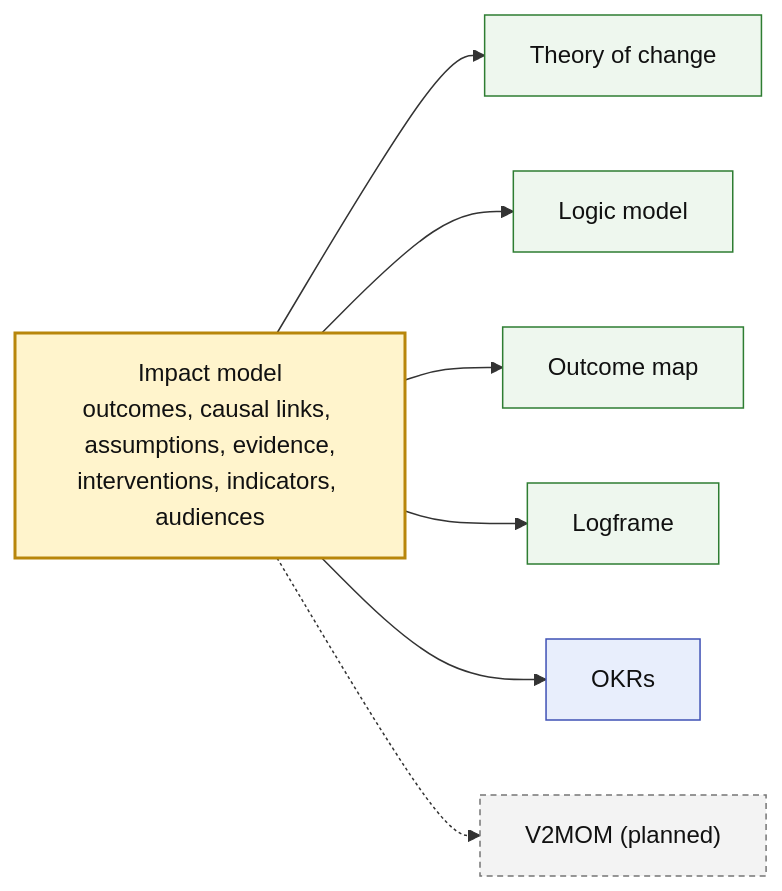
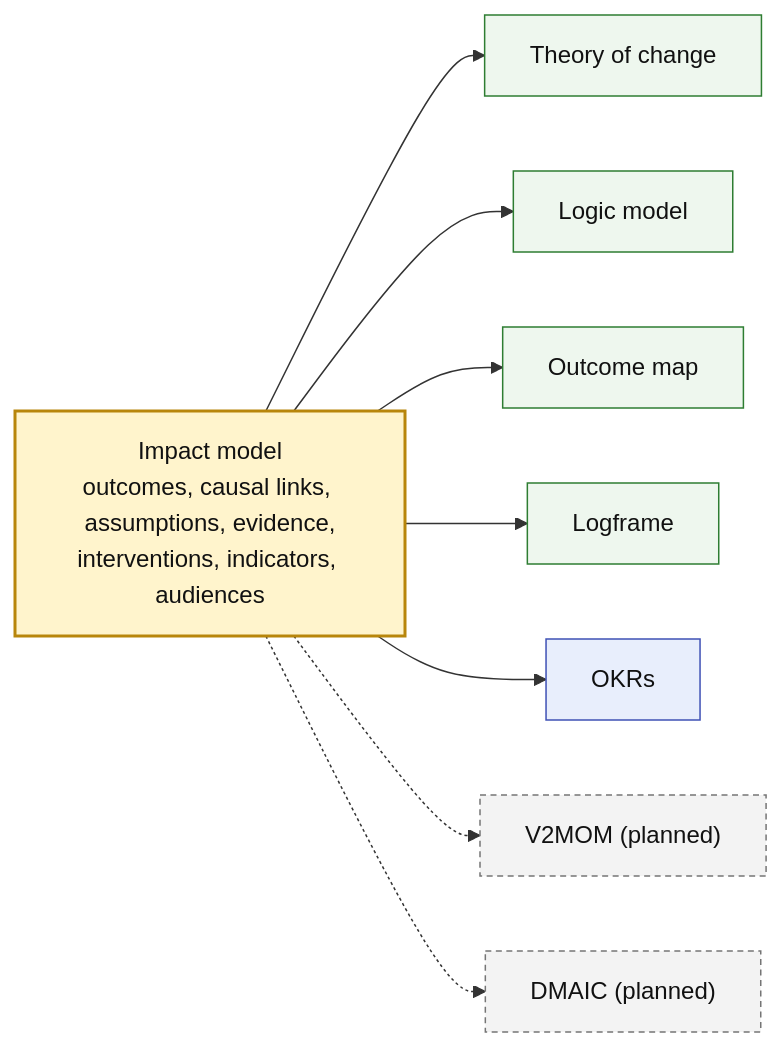
Before and after one commit to ProductBuildersHQ/theoryofchange-spec: the first of 4 diagrams in README.md, drawn with Mermaid. The commit also changed other lines of this file and 3 other files, not shown here.

First line of the commit message:
docs: list DMAIC as a planned projection beside V2MOM

````diff
--- a/README.md
+++ b/README.md
@@ -32,15 +32,16 @@
 ```mermaid
 flowchart LR
   classDef model fill:#fff4cc,stroke:#b8860b,stroke-width:2px,color:#111
   classDef method fill:#eef7ee,stroke:#2e7d32,color:#111
   classDef strategy fill:#e8eefc,stroke:#3f51b5,color:#111
   classDef planned fill:#f3f3f3,stroke:#757575,stroke-dasharray:4 3,color:#111
 
   im["Impact model<br/>outcomes, causal links, assumptions, evidence,<br/>interventions, indicators, audiences"]:::model
   im --> toc["Theory of change"]:::method
   im --> lm["Logic model"]:::method
   im --> om["Outcome map"]:::method
   im --> lf["Logframe"]:::method
   im --> okr["OKRs"]:::strategy
   im -.-> v2["V2MOM (planned)"]:::planned
+  im -.-> dm["DMAIC (planned)"]:::planned
 ```
````
